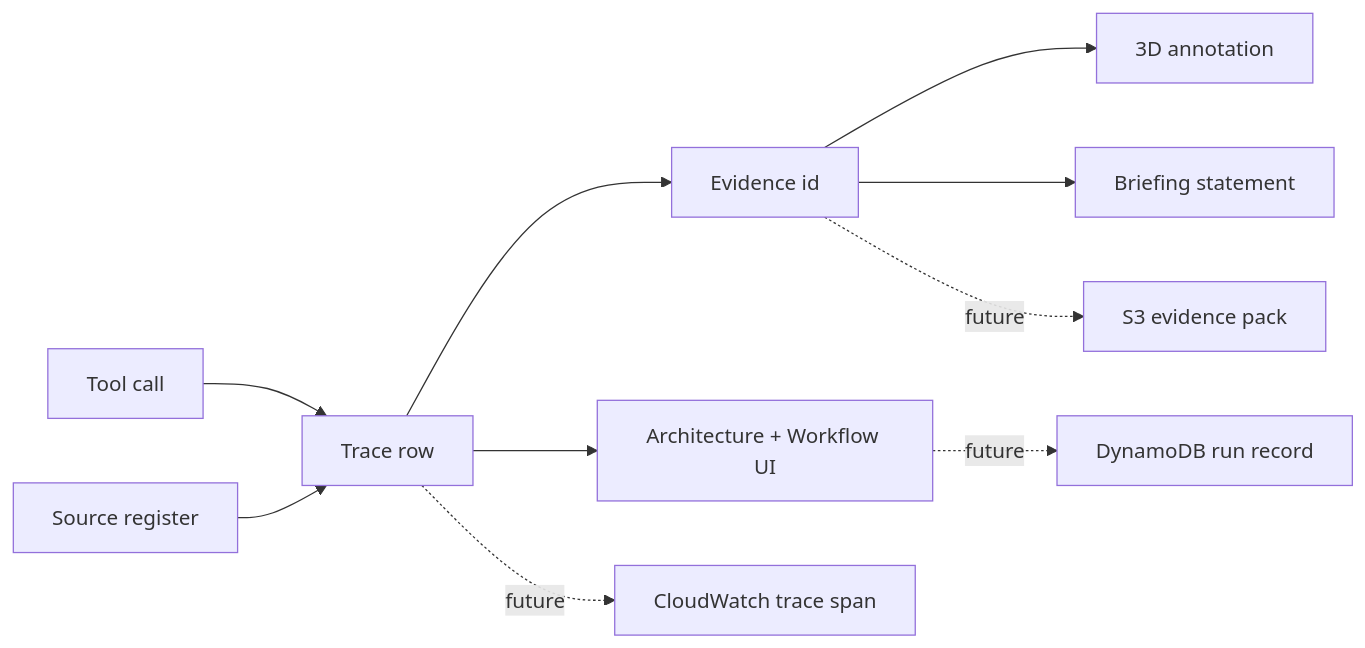
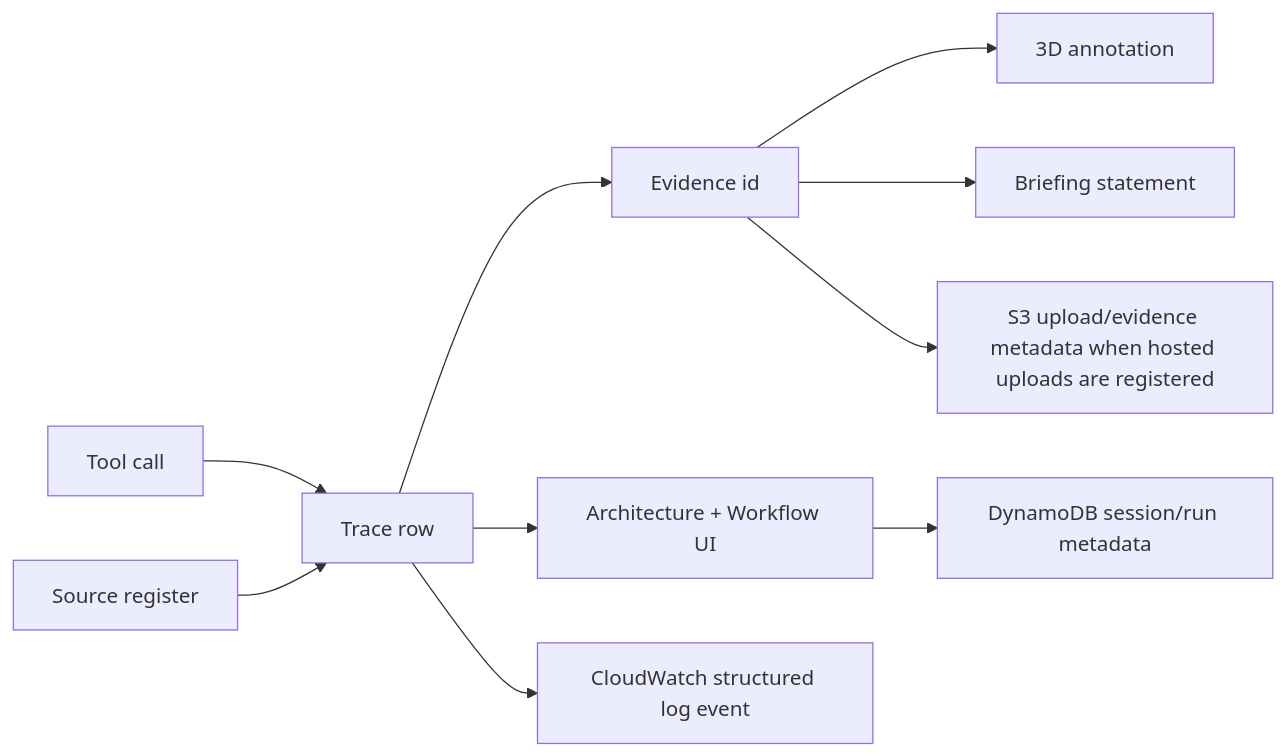
Before and after one commit to Capitano00/3D-RAMS: the sixth of 8 diagrams in docs/architecture.md, drawn with Mermaid. The commit also changed other lines of this file and 21 other files, not shown here.

````diff
--- a/docs/architecture.md
+++ b/docs/architecture.md
@@ -175,13 +175,13 @@
 ```mermaid
 flowchart LR
     Tool["Tool call"] --> Span["Trace row"]
     Source["Source register"] --> Span
     Span --> Evidence["Evidence id"]
     Evidence --> Annotation["3D annotation"]
     Evidence --> Briefing["Briefing statement"]
     Span --> Visualizer["Architecture + Workflow UI"]
 
-    Span -. "future" .-> CloudWatch["CloudWatch trace span"]
-    Evidence -. "future" .-> S3["S3 evidence pack"]
-    Visualizer -. "future" .-> DDB["DynamoDB run record"]
+    Span --> CloudWatch["CloudWatch structured log event"]
+    Evidence --> S3["S3 upload/evidence metadata when hosted uploads are registered"]
+    Visualizer --> DDB["DynamoDB session/run metadata"]
 ```
````
